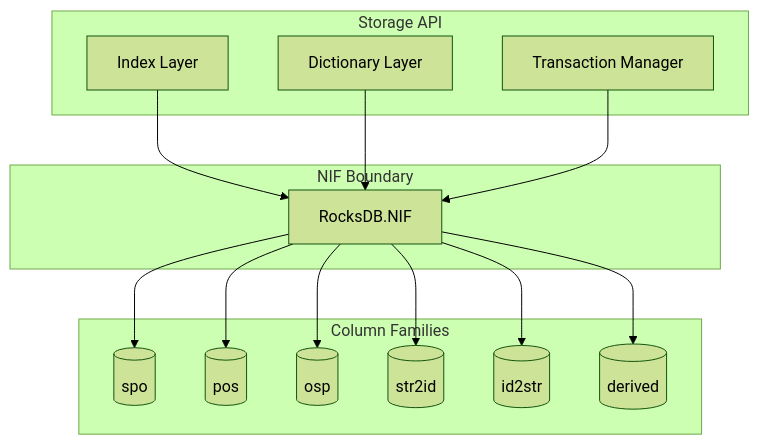
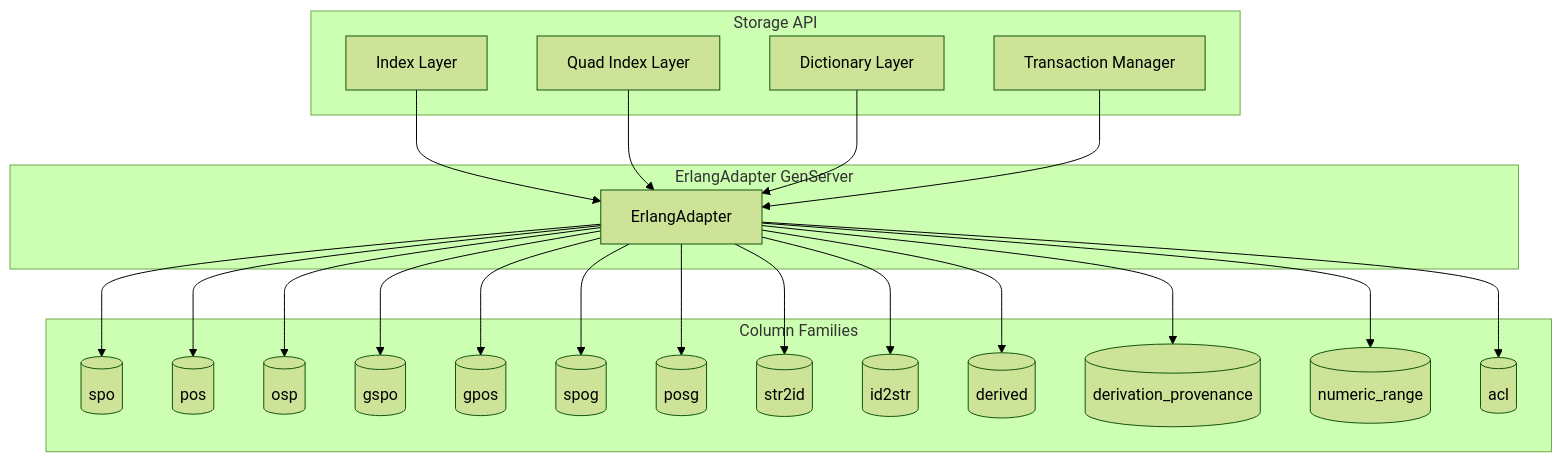
Before and after one commit to pcharbon70/triple_store: the first of 4 diagrams in guides/developer/01-storage-layer.md, drawn with Mermaid (forest theme). The commit also changed other lines of this file and 2 other files, not shown here.

First line of the commit message:
Update developer guides for erlang-rocksdb architecture

````diff
--- a/guides/developer/01-storage-layer.md
+++ b/guides/developer/01-storage-layer.md
@@ -13,32 +13,48 @@
 ```mermaid
 graph TB
     subgraph "Storage API"
         IDX[Index Layer]
+        QIDX[Quad Index Layer]
         DICT[Dictionary Layer]
         TXN[Transaction Manager]
     end
 
-    subgraph "NIF Boundary"
-        NIF[RocksDB.NIF]
+    subgraph "ErlangAdapter GenServer"
+        ADAPTER[ErlangAdapter]
     end
 
     subgraph "Column Families"
         SPO[(spo)]
         POS[(pos)]
         OSP[(osp)]
+        GSPO[(gspo)]
+        GPOS[(gpos)]
+        SPOG[(spog)]
+        POSG[(posg)]
         S2I[(str2id)]
         I2S[(id2str)]
         DER[(derived)]
+        DP[(derivation_provenance)]
+        NR[(numeric_range)]
+        ACL[(acl)]
     end
 
-    IDX --> NIF
-    DICT --> NIF
-    TXN --> NIF
+    IDX --> ADAPTER
+    QIDX --> ADAPTER
+    DICT --> ADAPTER
+    TXN --> ADAPTER
 
-    NIF --> SPO
-    NIF --> POS
-    NIF --> OSP
-    NIF --> S2I
-    NIF --> I2S
-    NIF --> DER
+    ADAPTER --> SPO
+    ADAPTER --> POS
+    ADAPTER --> OSP
+    ADAPTER --> GSPO
+    ADAPTER --> GPOS
+    ADAPTER --> SPOG
+    ADAPTER --> POSG
+    ADAPTER --> S2I
+    ADAPTER --> I2S
+    ADAPTER --> DER
+    ADAPTER --> DP
+    ADAPTER --> NR
+    ADAPTER --> ACL
 ```
````
